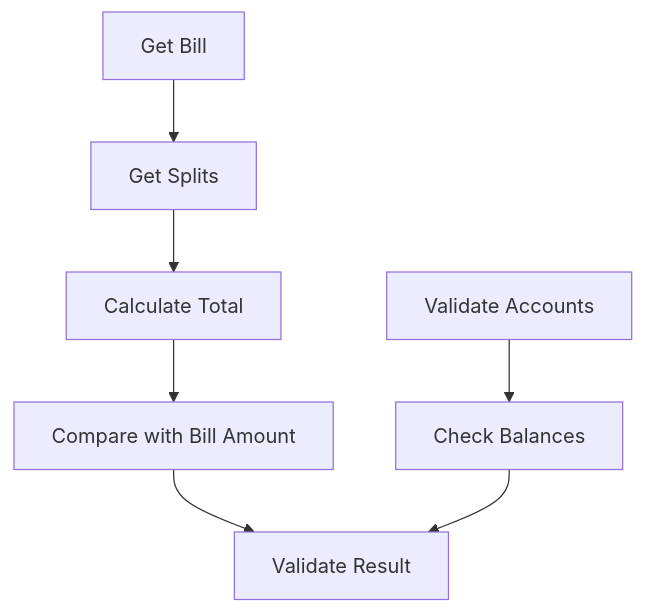
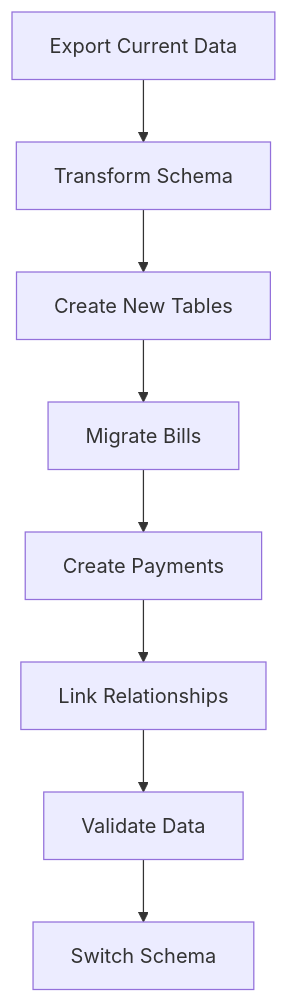
One commit to AstroMined/debtonator changed the sixth of 6 diagrams in docs/system_patterns.md. Above: the diagram before and after it, drawn with Mermaid. The commit also changed other lines of this file and 28 other files, not shown here.

First line of the commit message:
refactor(models): implement bills/payments separation

````diff
--- a/docs/system_patterns.md
+++ b/docs/system_patterns.md
@@ -142,9 +250,10 @@
 ```mermaid
 graph TD
-    A[Get Bill] --> D[Get Splits]
-    B[Calculate Total] --> E[Compare with Bill Amount]
-    C[Validate Accounts] --> F[Check Balances]
-    D --> B
-    E --> G[Validate Result]
-    F --> G
+    A[Export Current Data] --> B[Transform Schema]
+    B --> C[Create New Tables]
+    C --> D[Migrate Bills]
+    D --> E[Create Payments]
+    E --> F[Link Relationships]
+    F --> G[Validate Data]
+    G --> H[Switch Schema]
 ```
````
